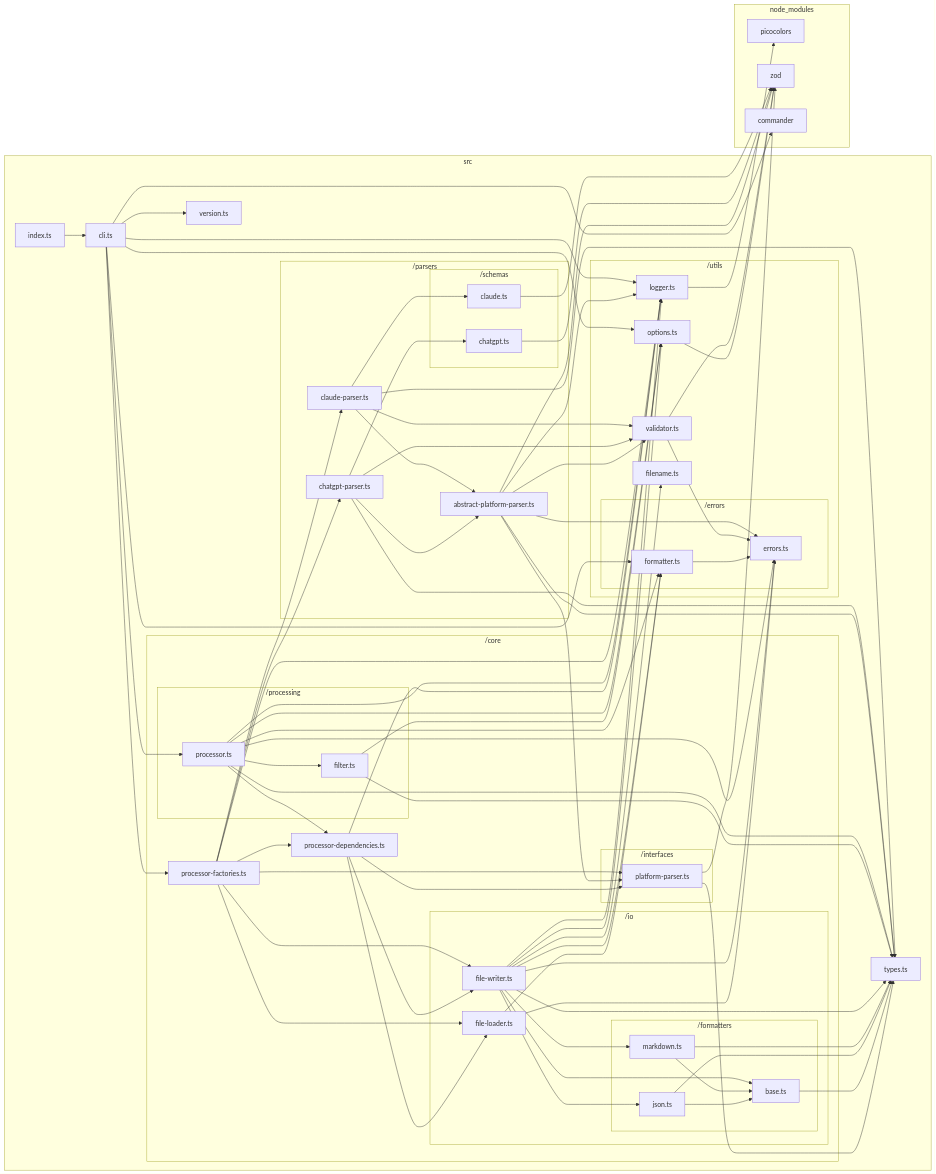
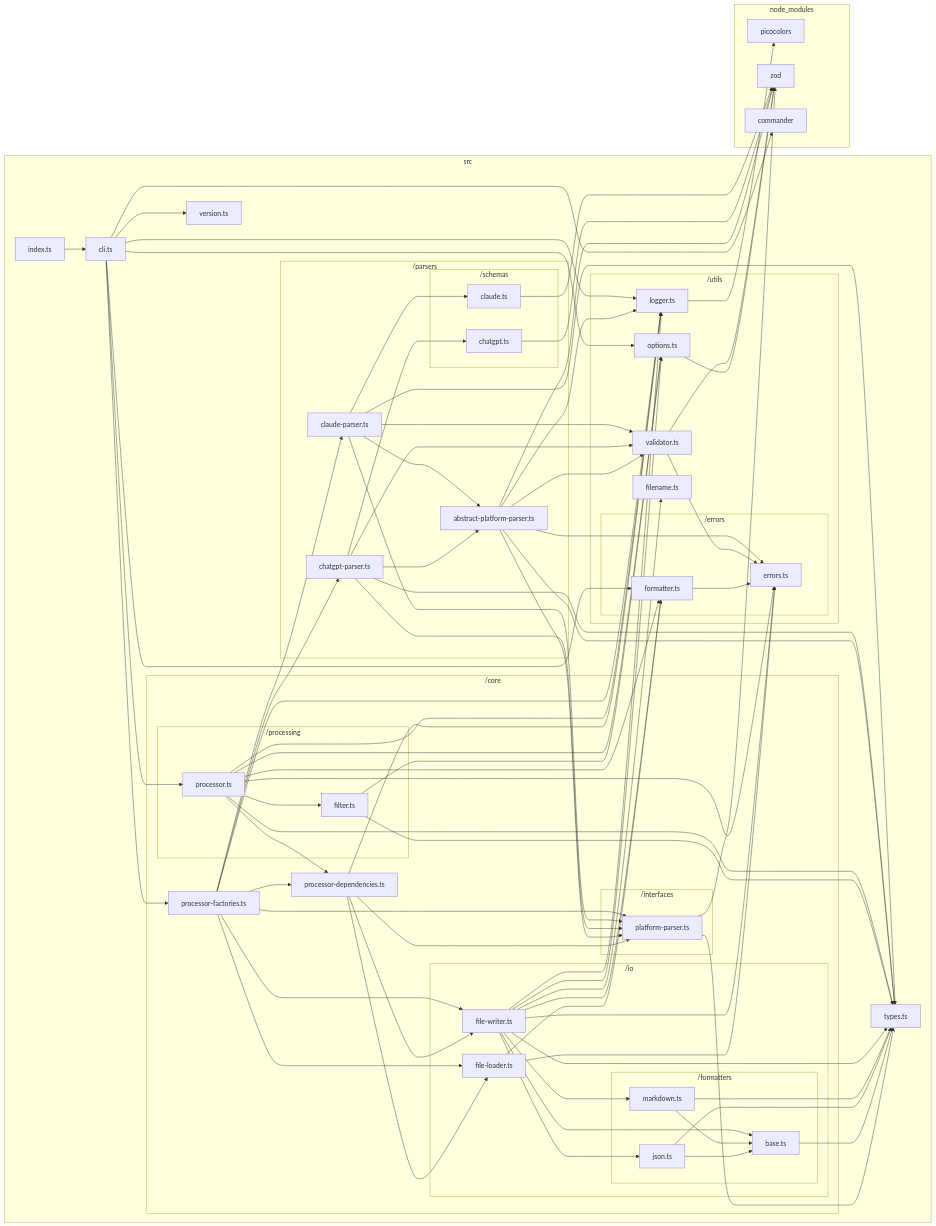
One commit to sugurutakahashi-1234/ai-chat-md-export changed the diagram in docs/dependency-graphs/typescript-graph.md. Above: the diagram before and after it, drawn with Mermaid. The commit also changed 4 other files, not shown here.

First line of the commit message:
refactor: enhance platform parser interfaces and implementations

```diff
--- a/docs/dependency-graphs/typescript-graph.md
+++ b/docs/dependency-graphs/typescript-graph.md
@@ -99,11 +99,13 @@
     src/parsers/abstract//platform//parser.ts-->src/utils/logger.ts
     src/parsers/abstract//platform//parser.ts-->src/utils/validator.ts
     src/parsers/schemas/chatgpt.ts-->node//modules/zod/index.d.cts
+    src/parsers/chatgpt//parser.ts-->src/core/interfaces/platform//parser.ts
     src/parsers/chatgpt//parser.ts-->src/types.ts
     src/parsers/chatgpt//parser.ts-->src/utils/validator.ts
     src/parsers/chatgpt//parser.ts-->src/parsers/abstract//platform//parser.ts
     src/parsers/chatgpt//parser.ts-->src/parsers/schemas/chatgpt.ts
     src/parsers/schemas/claude.ts-->node//modules/zod/index.d.cts
+    src/parsers/claude//parser.ts-->src/core/interfaces/platform//parser.ts
     src/parsers/claude//parser.ts-->src/types.ts
     src/parsers/claude//parser.ts-->src/utils/validator.ts
     src/parsers/claude//parser.ts-->src/parsers/abstract//platform//parser.ts
```
